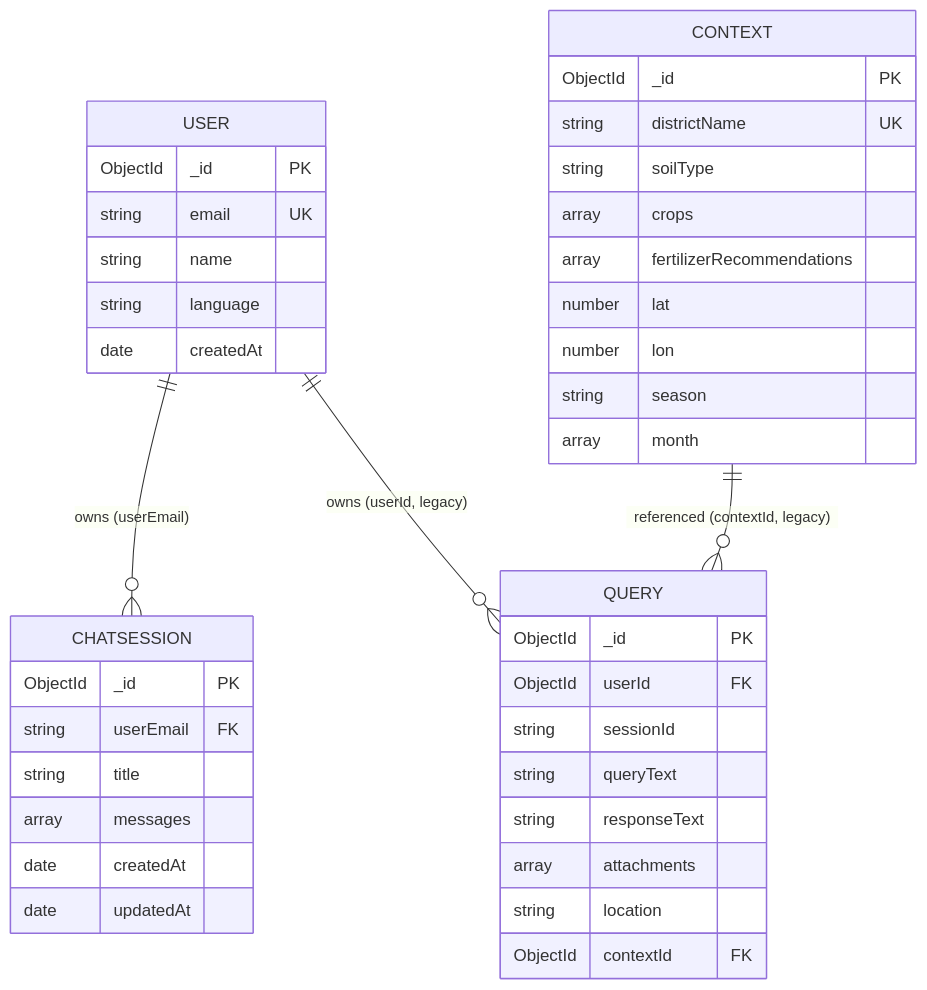
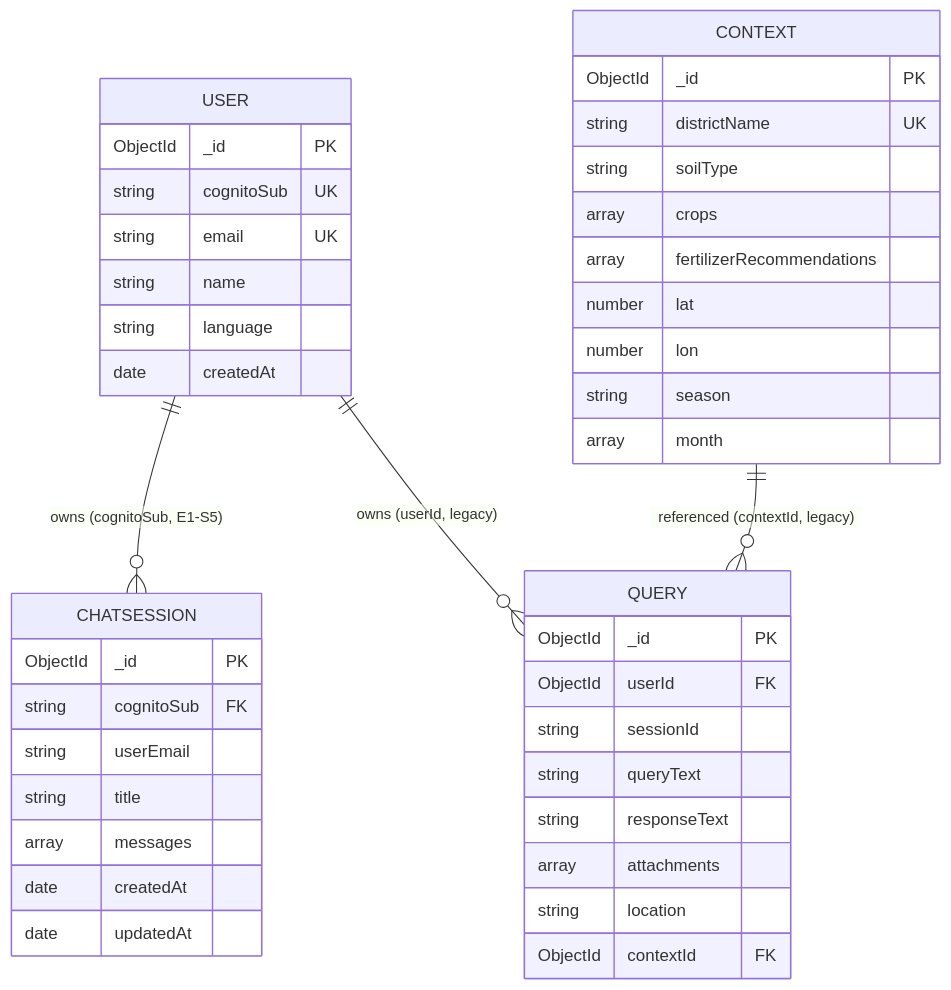
One commit to KishoreBalajiP/VivasayiAI changed the first of 2 diagrams in docs/architecture/07_Database_Design.md. Above: the diagram before and after it, drawn with Mermaid. The commit also changed other lines of this file and 23 other files, not shown here.

Commit message:
E1-S5: ownership scoping by cognitoSub; E1-S6: error sanitization verification

````diff
--- a/docs/architecture/07_Database_Design.md
+++ b/docs/architecture/07_Database_Design.md
@@ -124,42 +128,44 @@
 ```mermaid
 erDiagram
-    USER ||--o{ CHATSESSION : "owns (userEmail)"
+    USER ||--o{ CHATSESSION : "owns (cognitoSub, E1-S5)"
     USER ||--o{ QUERY : "owns (userId, legacy)"
     CONTEXT ||--o{ QUERY : "referenced (contextId, legacy)"
     CHATSESSION {
         ObjectId _id PK
-        string userEmail FK
+        string cognitoSub FK
+        string userEmail
         string title
         array messages
         date createdAt
         date updatedAt
     }
     USER {
         ObjectId _id PK
+        string cognitoSub UK
         string email UK
         string name
         string language
         date createdAt
     }
     QUERY {
         ObjectId _id PK
         ObjectId userId FK
         string sessionId
         string queryText
         string responseText
         array attachments
         string location
         ObjectId contextId FK
     }
     CONTEXT {
         ObjectId _id PK
         string districtName UK
         string soilType
         array crops
         array fertilizerRecommendations
         number lat
         number lon
         string season
         array month
     }
 ```
````
